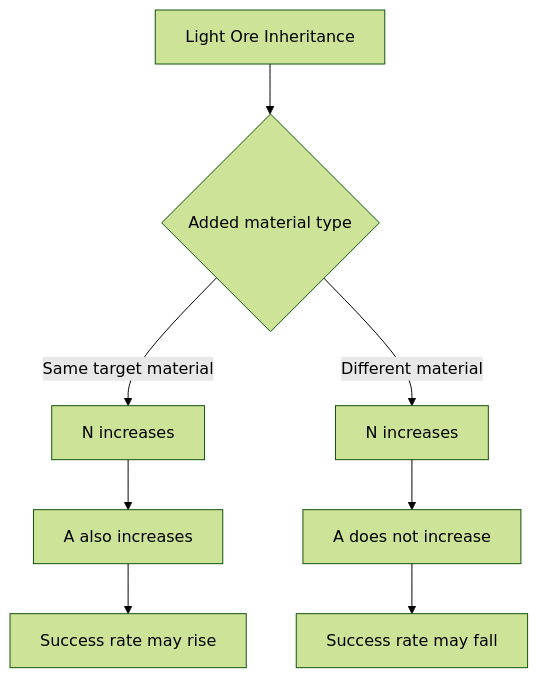
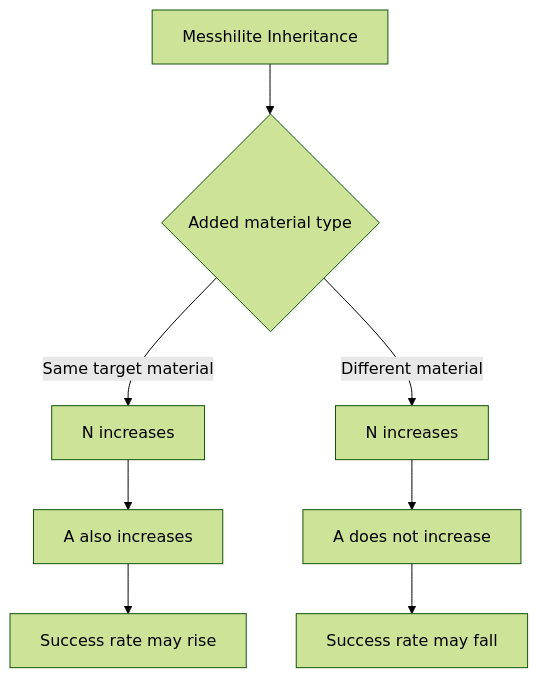
Before and after one commit to j13343sh/Rune-Factory-Inheritance-Research: the diagram in articles/Messhilite-Inheritance.md, drawn with Mermaid (forest theme). The commit also changed other lines of this file and 17 other files, not shown here.

````diff
--- a/articles/Messhilite-Inheritance.md
+++ b/articles/Messhilite-Inheritance.md
@@ -87,10 +69,10 @@
 ```mermaid
 flowchart TD
-    A[Light Ore Inheritance] --> B{Added material type}
+    A[Messhilite Inheritance] --> B{Added material type}
     B -->|Same target material| C[N increases]
     C --> D[A also increases]
     D --> E[Success rate may rise]
     B -->|Different material| F[N increases]
     F --> G[A does not increase]
     G --> H[Success rate may fall]
 ```
````
